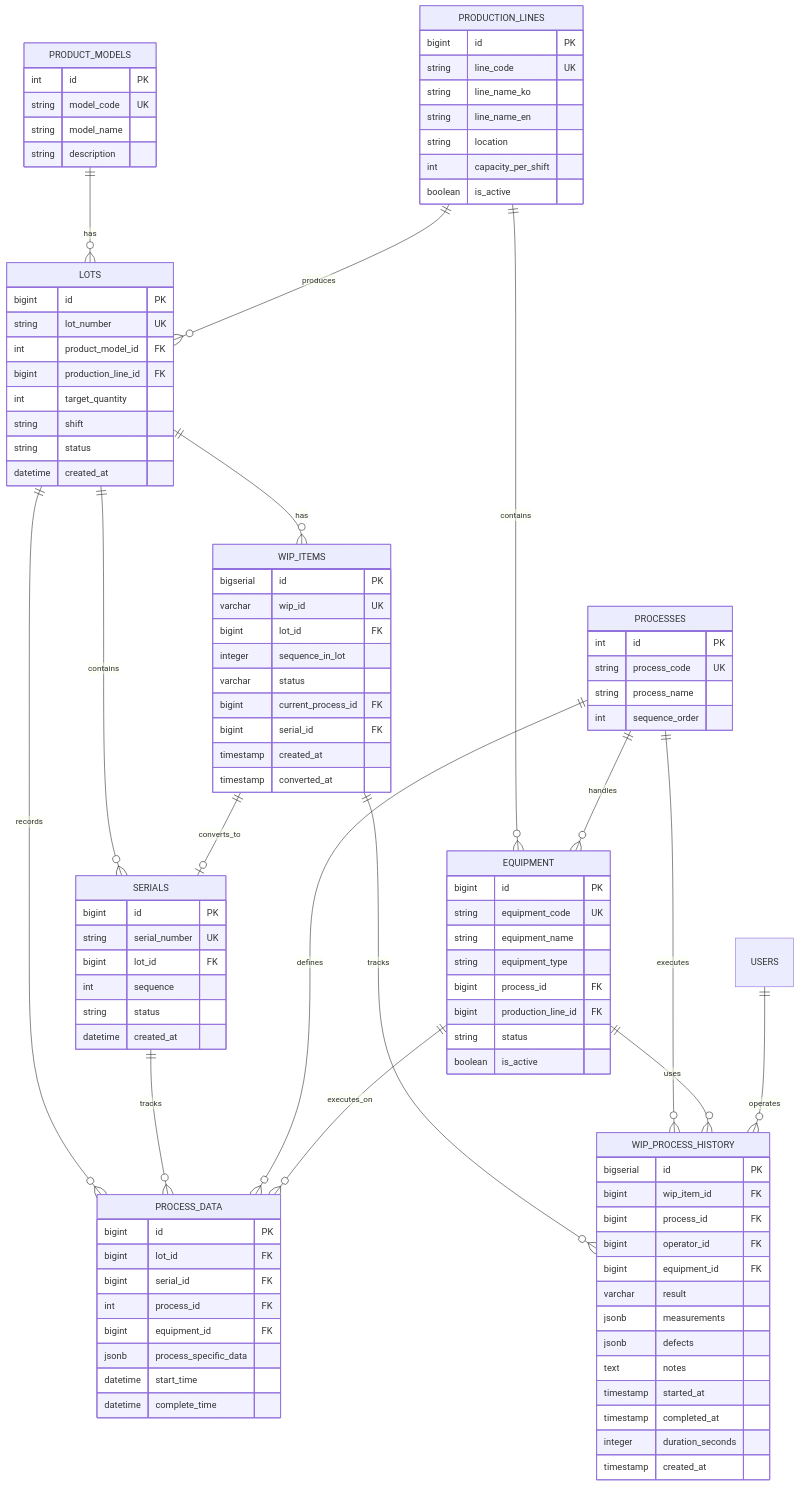
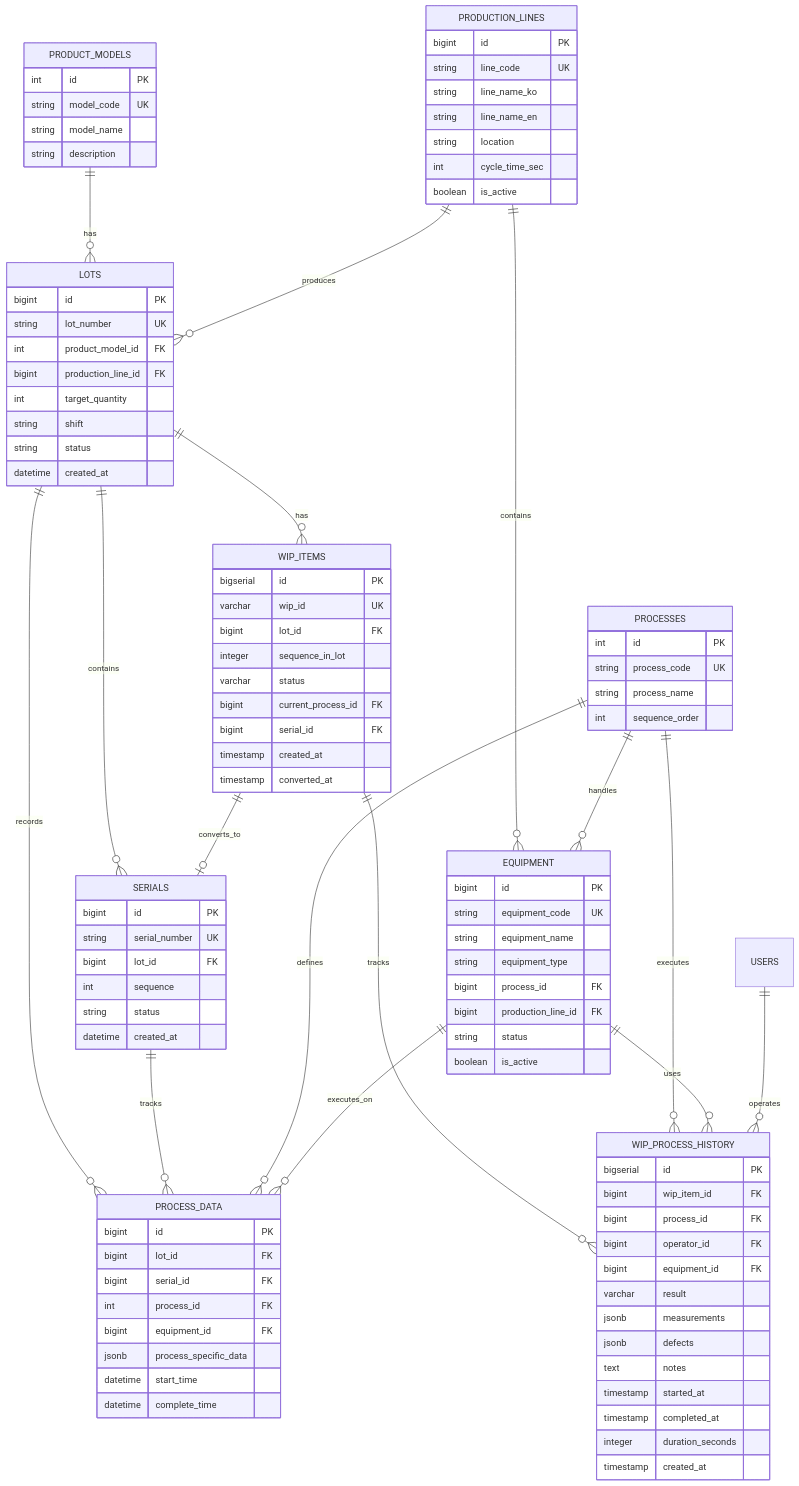
The diagram in _docs/user-specification/05-data-design/05-1-erd.md (Soochol/F2X_NeuroHub), drawn with Mermaid before and after one commit. The commit also changed other lines of this file and 1 other file, not shown here.

First line of the commit message:
docs: Update production_lines field from capacity_per_shift to cycle_time_sec

```diff
--- a/_docs/user-specification/05-data-design/05-1-erd.md
+++ b/_docs/user-specification/05-data-design/05-1-erd.md
@@ -95,7 +95,7 @@
         string line_name_ko
         string line_name_en
         string location
-        int capacity_per_shift
+        int cycle_time_sec
         boolean is_active
     }
 
```
